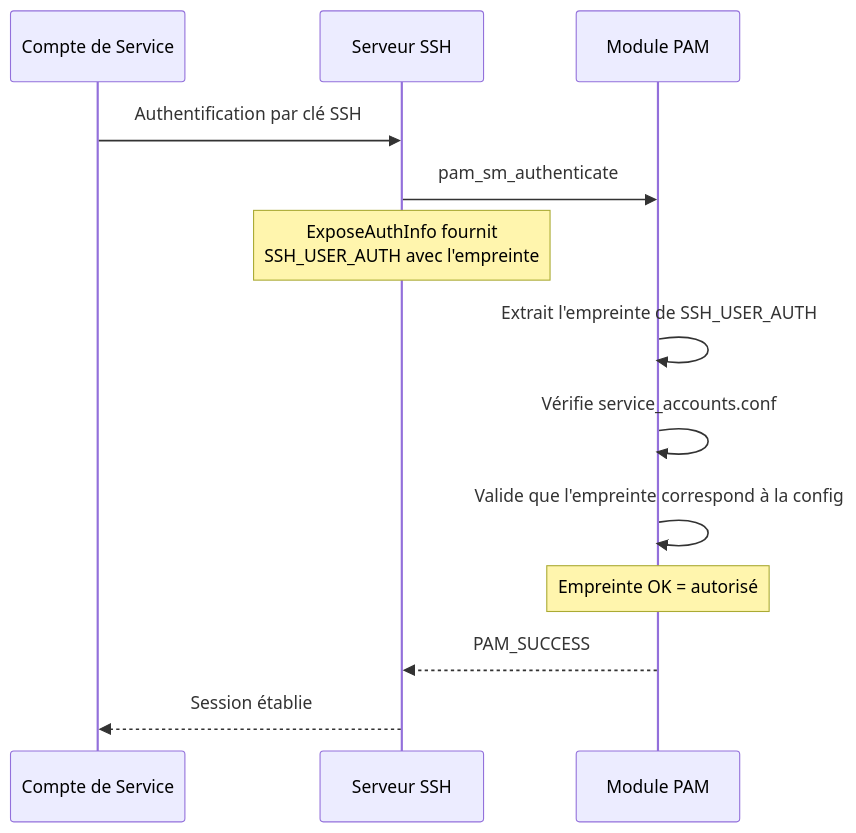
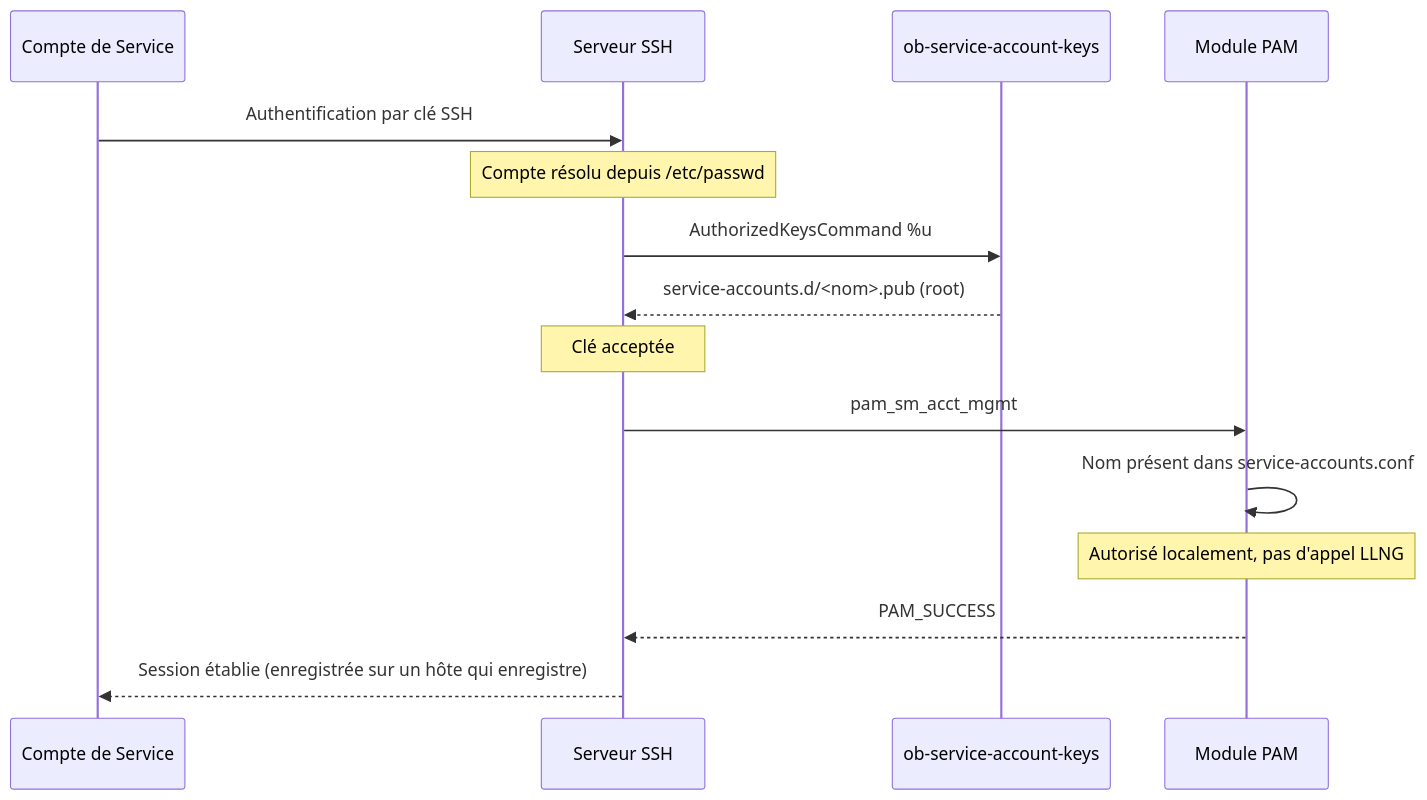
One commit to linagora/open-bastion changed the fourth of 4 diagrams in doc/security/00-architecture.rst. Above: the diagram before and after it, drawn with Mermaid. The commit also changed other lines of this file and 5 other files, not shown here.

```diff
--- a/doc/security/00-architecture.rst
+++ b/doc/security/00-architecture.rst
@@ -683,16 +674,18 @@
 .. mermaid::
 
    sequenceDiagram
        participant SA as Compte de Service
        participant SSH as Serveur SSH
+       participant AKC as ob-service-account-keys
        participant PAM as Module PAM
 
        SA->>SSH: Authentification par clé SSH
-       SSH->>PAM: pam_sm_authenticate
-       Note over SSH: ExposeAuthInfo fournit<br/>SSH_USER_AUTH avec l'empreinte
-       PAM->>PAM: Extrait l'empreinte de SSH_USER_AUTH
-       PAM->>PAM: Vérifie service_accounts.conf
-       PAM->>PAM: Valide que l'empreinte correspond à la config
-       Note over PAM: Empreinte OK = autorisé
+       Note over SSH: Compte résolu depuis /etc/passwd
+       SSH->>AKC: AuthorizedKeysCommand %u
+       AKC-->>SSH: service-accounts.d/<nom>.pub (root)
+       Note over SSH: Clé acceptée
+       SSH->>PAM: pam_sm_acct_mgmt
+       PAM->>PAM: Nom présent dans service-accounts.conf
+       Note over PAM: Autorisé localement, pas d'appel LLNG
        PAM-->>SSH: PAM_SUCCESS
-       SSH-->>SA: Session établie
+       SSH-->>SA: Session établie (enregistrée sur un hôte qui enregistre)
```
